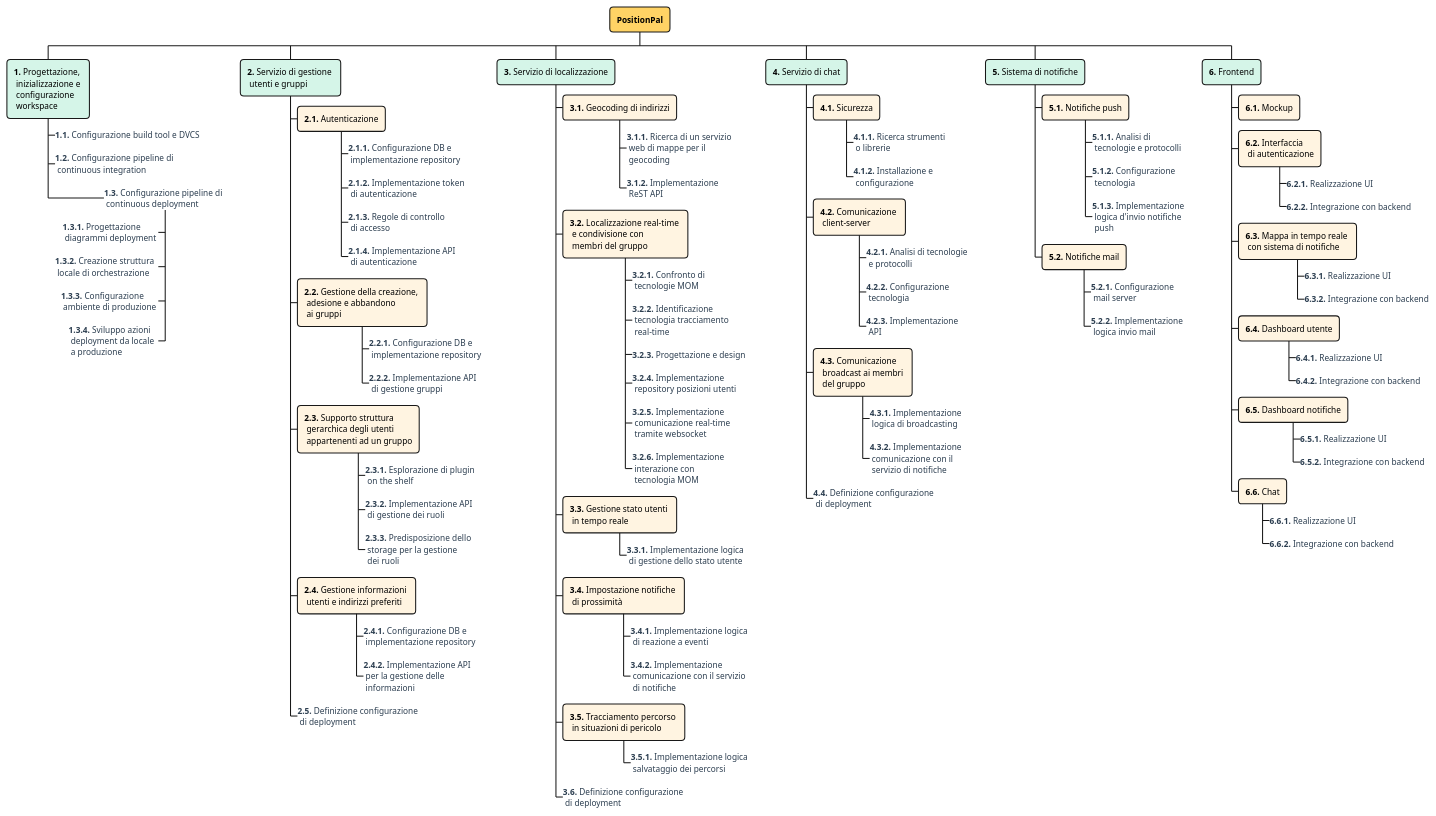
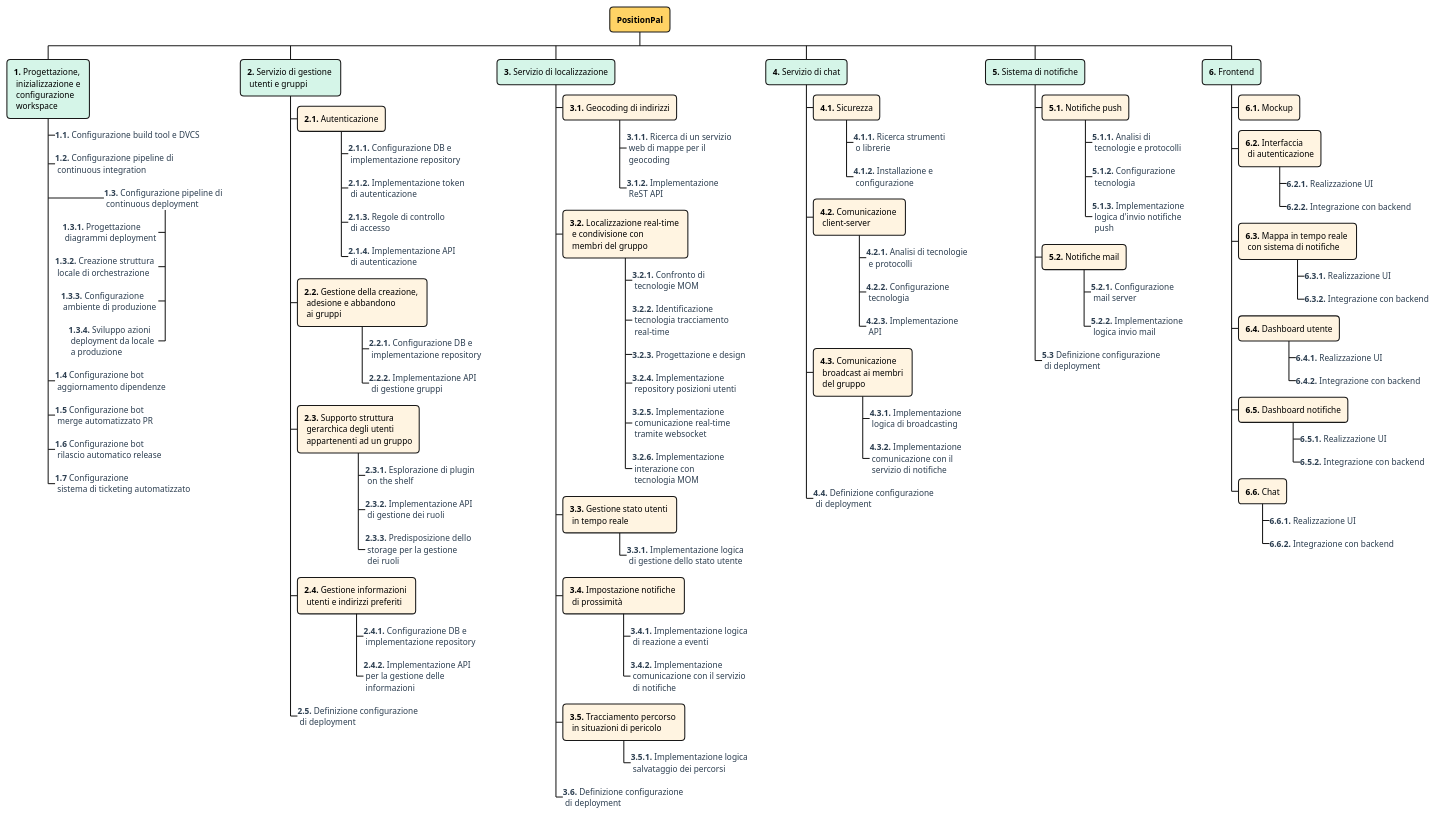
Before and after one commit to position-pal/PM-report: the diagram in _attachments/3-wbs.md, drawn with PlantUML.

```diff
--- a/_attachments/3-wbs.md
+++ b/_attachments/3-wbs.md
@@ -128,6 +128,10 @@
 +++-_ **1.3.2.** Creazione struttura \n locale di orchestrazione
 +++-_ **1.3.3.** Configurazione \n ambiente di produzione
 +++-_ **1.3.4.** Sviluppo azioni \n deployment da locale \n a produzione
++++_ **1.4** Configurazione bot \n aggiornamento dipendenze
++++_ **1.5** Configurazione bot \n merge automatizzato PR
++++_ **1.6** Configurazione bot \n rilascio automatico release
++++_ **1.7** Configurazione \n sistema di ticketing automatizzato
 
 ++ **2.** Servizio di gestione \n utenti e gruppi
 +++ **2.1.** Autenticazione
@@ -188,6 +192,7 @@
 +++ **5.2.** Notifiche mail
 ++++_ **5.2.1.** Configurazione \n mail server
 ++++_ **5.2.2.** Implementazione \n logica invio mail
++++_ **5.3** Definizione configurazione \n di deployment
 
 ++ **6.** Frontend
 +++ **6.1.** Mockup
```
